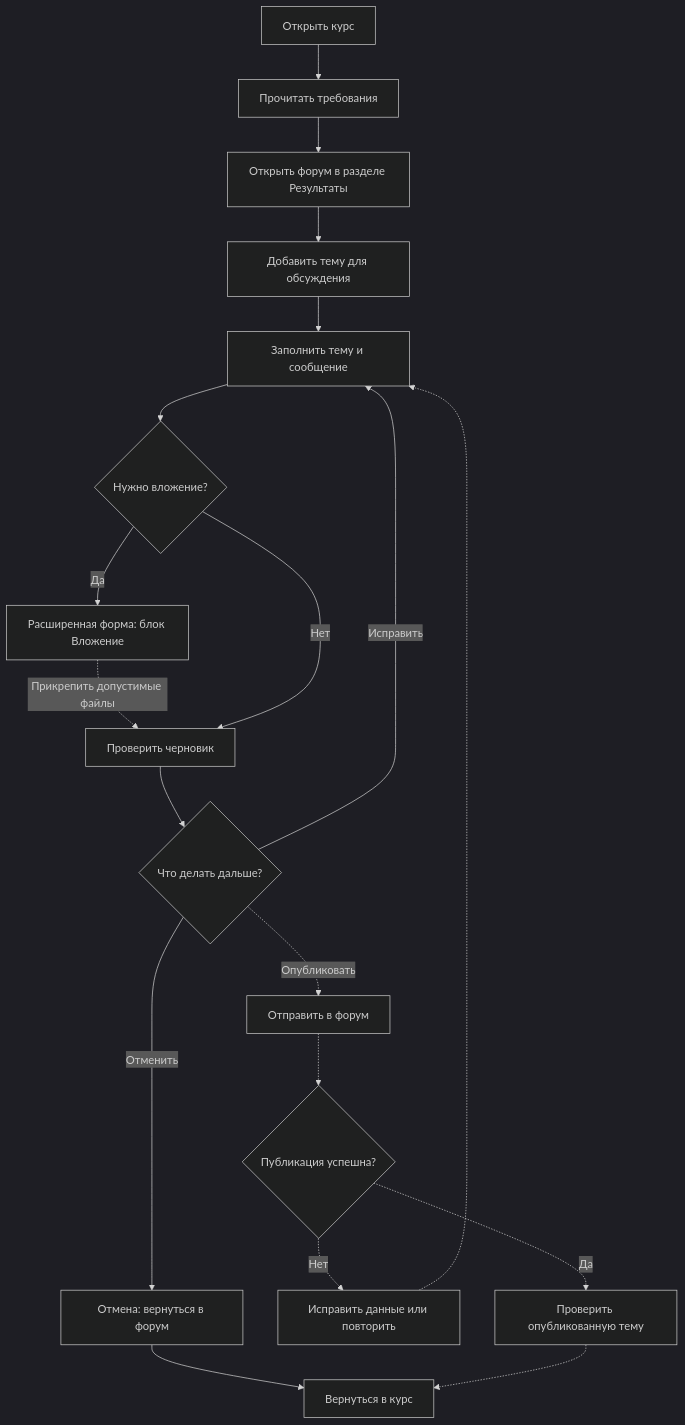
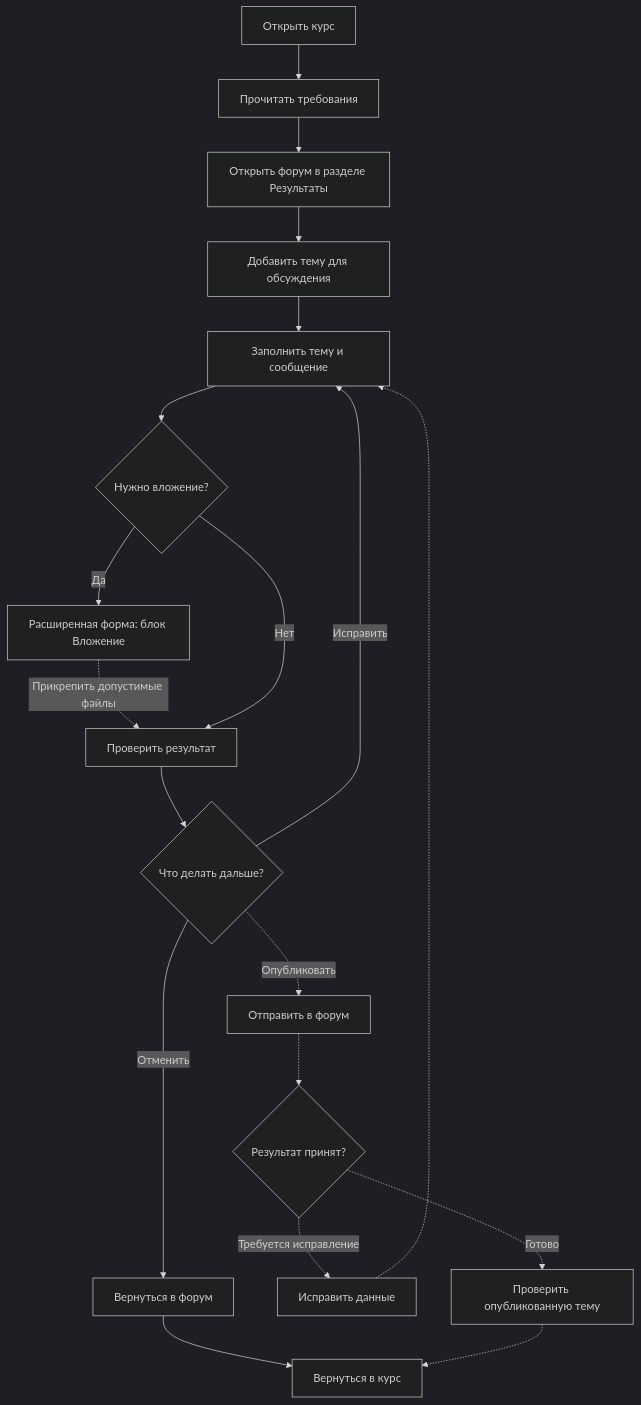
Before and after one commit to LyoshaGodX/moodle-usability: the diagram in 03-process-analysis/README.md, drawn with Mermaid (dark theme). The commit also changed other lines of this file, not shown here.

````diff
--- a/03-process-analysis/README.md
+++ b/03-process-analysis/README.md
@@ -70,21 +73,21 @@
 ```mermaid
 flowchart TD
     A["Открыть курс"] --> B["Прочитать требования"]
     B --> C["Открыть форум в разделе Результаты"]
     C --> D["Добавить тему для обсуждения"]
     D --> E["Заполнить тему и сообщение"]
     E --> F{"Нужно вложение?"}
     F -- "Да" --> G["Расширенная форма: блок Вложение"]
-    G -. "Прикрепить допустимые файлы" .-> H["Проверить черновик"]
+    G -. "Прикрепить допустимые файлы" .-> H["Проверить результат"]
     F -- "Нет" --> H
     H --> I{"Что делать дальше?"}
     I -- "Исправить" --> E
-    I -- "Отменить" --> X["Отмена: вернуться в форум"]
+    I -- "Отменить" --> X["Вернуться в форум"]
     X --> Z["Вернуться в курс"]
     I -. "Опубликовать" .-> J["Отправить в форум"]
-    J -.-> K{"Публикация успешна?"}
-    K -. "Нет" .-> L["Исправить данные или повторить"]
+    J -.-> K{"Результат принят?"}
+    K -. "Требуется исправление" .-> L["Исправить данные"]
     L -.-> E
-    K -. "Да" .-> M["Проверить опубликованную тему"]
+    K -. "Готово" .-> M["Проверить опубликованную тему"]
     M -.-> Z
 ```
````
